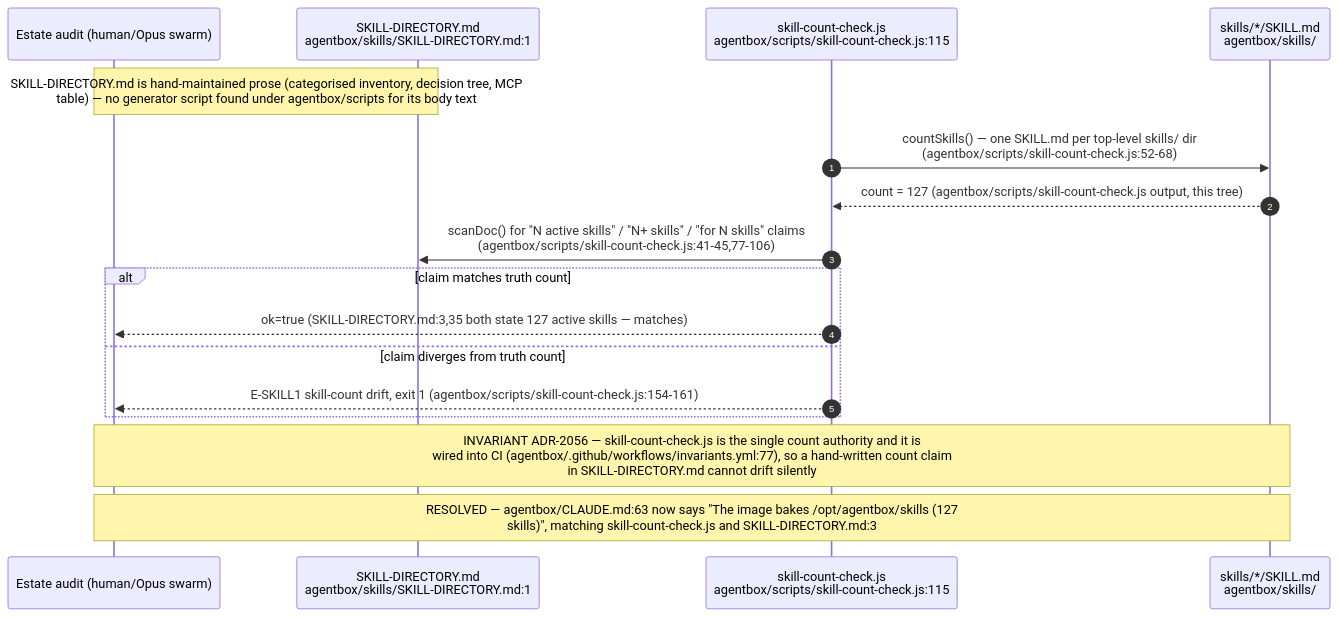
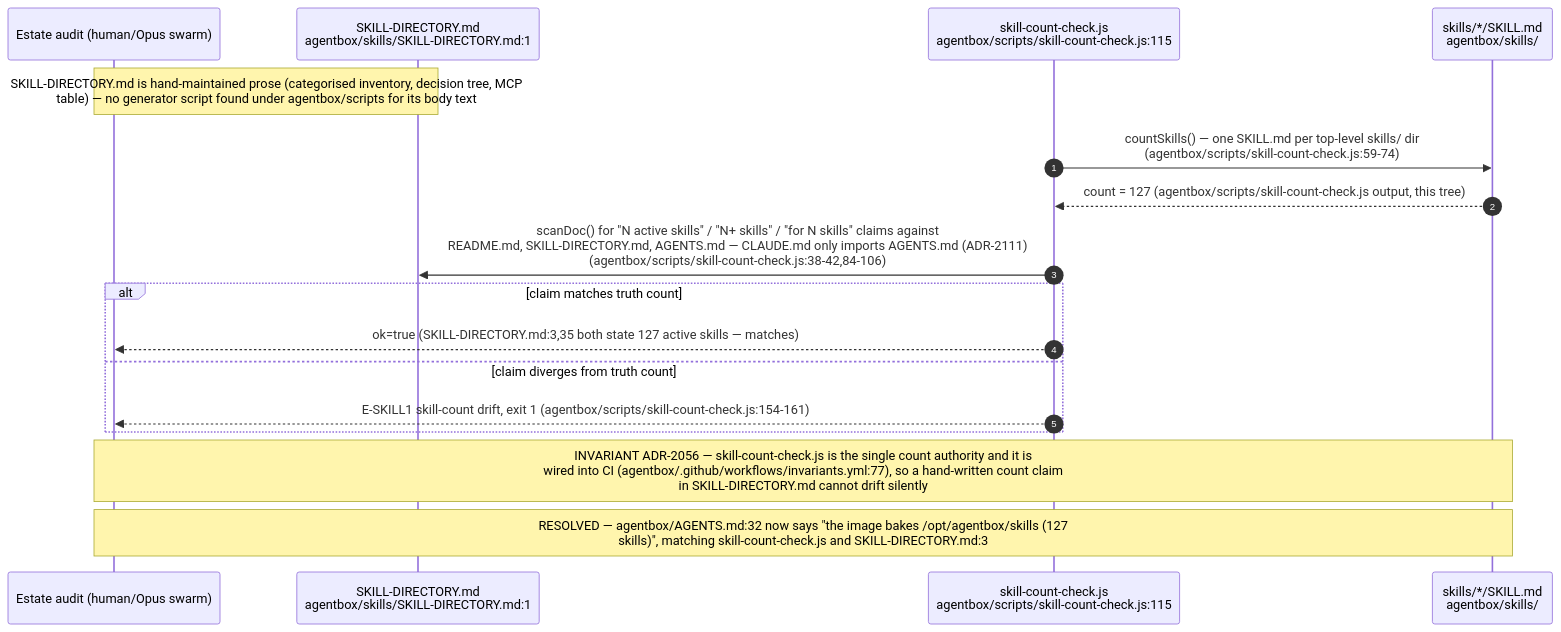
Before and after one commit to DreamLab-AI/VisionFlow: the fourth of 12 diagrams in docs/diagrams/agentbox/22-skills-and-routing.md, drawn with Mermaid. The commit also changed other lines of this file and 136 other files, not shown here.

First line of the commit message:
docs(diagrams): refresh the whole corpus to code HEAD and prune low-value diagrams

````diff
--- a/docs/diagrams/agentbox/22-skills-and-routing.md
+++ b/docs/diagrams/agentbox/22-skills-and-routing.md
@@ -166,20 +182,20 @@
 ```mermaid
 sequenceDiagram
     autonumber
     participant AUTHOR as Estate audit (human/Opus swarm)
     participant DIR as SKILL-DIRECTORY.md<br/>agentbox/skills/SKILL-DIRECTORY.md:1
     participant CNT as skill-count-check.js<br/>agentbox/scripts/skill-count-check.js:115
     participant DISK as skills/*/SKILL.md<br/>agentbox/skills/
 
     Note over AUTHOR,DIR: SKILL-DIRECTORY.md is hand-maintained prose (categorised inventory, decision tree, MCP<br/>table) — no generator script found under agentbox/scripts for its body text
-    CNT->>DISK: countSkills() — one SKILL.md per top-level skills/ dir<br/>(agentbox/scripts/skill-count-check.js:52-68)
+    CNT->>DISK: countSkills() — one SKILL.md per top-level skills/ dir<br/>(agentbox/scripts/skill-count-check.js:59-74)
     DISK-->>CNT: count = 127 (agentbox/scripts/skill-count-check.js output, this tree)
-    CNT->>DIR: scanDoc() for "N active skills" / "N+ skills" / "for N skills" claims<br/>(agentbox/scripts/skill-count-check.js:41-45,77-106)
+    CNT->>DIR: scanDoc() for "N active skills" / "N+ skills" / "for N skills" claims against<br/>README.md, SKILL-DIRECTORY.md, AGENTS.md — CLAUDE.md only imports AGENTS.md (ADR-2111)<br/>(agentbox/scripts/skill-count-check.js:38-42,84-106)
     alt claim matches truth count
         CNT-->>AUTHOR: ok=true (SKILL-DIRECTORY.md:3,35 both state 127 active skills — matches)
     else claim diverges from truth count
         CNT-->>AUTHOR: E-SKILL1 skill-count drift, exit 1 (agentbox/scripts/skill-count-check.js:154-161)
     end
     Note over AUTHOR,DISK: INVARIANT ADR-2056 — skill-count-check.js is the single count authority and it is<br/>wired into CI (agentbox/.github/workflows/invariants.yml:77), so a hand-written count claim<br/>in SKILL-DIRECTORY.md cannot drift silently
-    Note over AUTHOR,DISK: RESOLVED — agentbox/CLAUDE.md:63 now says "The image bakes /opt/agentbox/skills (127<br/>skills)", matching skill-count-check.js and SKILL-DIRECTORY.md:3
+    Note over AUTHOR,DISK: RESOLVED — agentbox/AGENTS.md:32 now says "the image bakes /opt/agentbox/skills (127<br/>skills)", matching skill-count-check.js and SKILL-DIRECTORY.md:3
 ```
````
